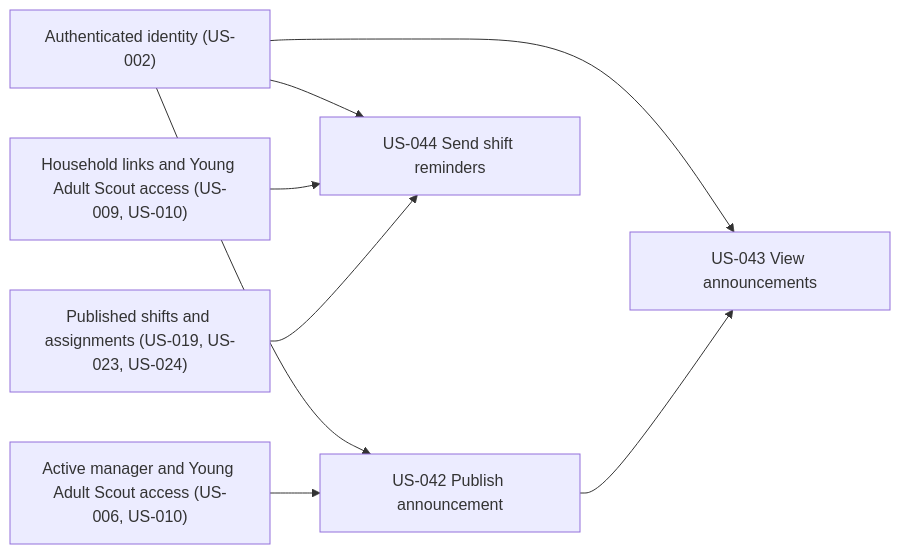
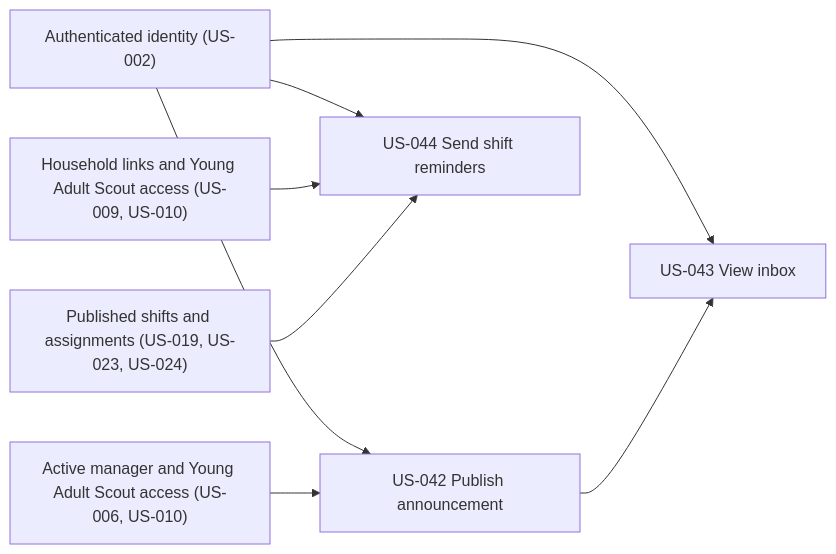
The diagram in docs/user-stories/communications-reminders/README.md (BennettSmith/T900TreeLot), drawn with Mermaid before and after one commit. The commit also changed other lines of this file and 16 other files, not shown here.

````diff
--- a/docs/user-stories/communications-reminders/README.md
+++ b/docs/user-stories/communications-reminders/README.md
@@ -38,10 +38,10 @@
 ```mermaid
 flowchart LR
     authenticatedIdentity["Authenticated identity (US-002)"] --> publishAnnouncement["US-042 Publish announcement"]
-    authenticatedIdentity --> viewAnnouncements["US-043 View announcements"]
+    authenticatedIdentity --> viewInbox["US-043 View inbox"]
     authenticatedIdentity --> sendReminders["US-044 Send shift reminders"]
     announcementRecipients["Active manager and Young Adult Scout access (US-006, US-010)"] --> publishAnnouncement
     reminderRelationships["Household links and Young Adult Scout access (US-009, US-010)"] --> sendReminders
     reminderAssignments["Published shifts and assignments (US-019, US-023, US-024)"] --> sendReminders
-    publishAnnouncement --> viewAnnouncements
+    publishAnnouncement --> viewInbox
 ```
````
